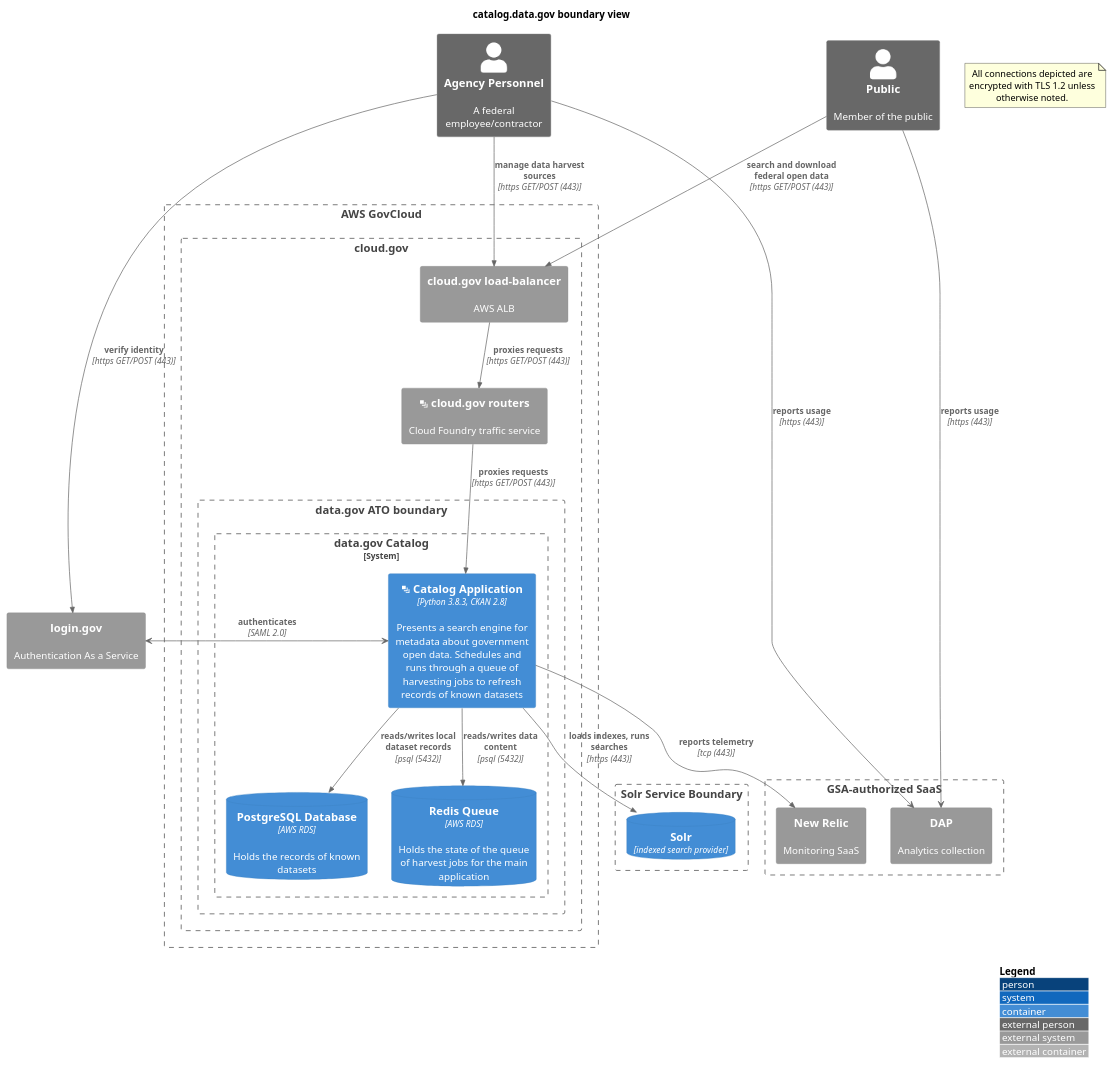
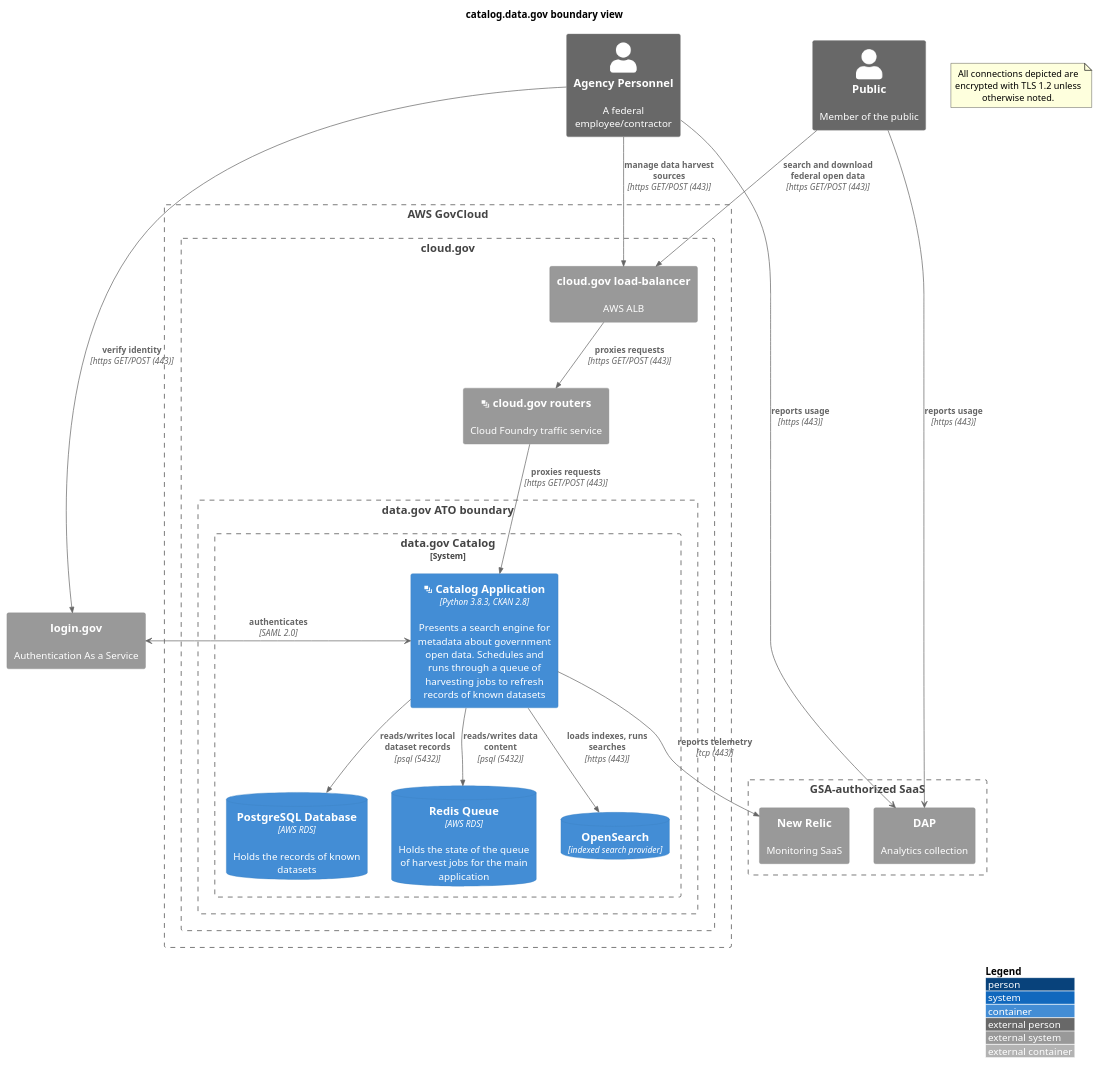
Before and after one commit to GSA/datagov-compliance: the diagram in apps/catalog.boundary.md, drawn with PlantUML.

Commit message:
Add OpenSearch container and update relationships

````diff
--- a/apps/catalog.boundary.md
+++ b/apps/catalog.boundary.md
@@ -3,47 +3,46 @@
 ```plantuml
 @startuml
 !include https://raw.githubusercontent.com/plantuml-stdlib/C4-PlantUML/master/C4_Container.puml
 ' uncomment the following line and comment the first to use locally
 ' !include C4_Container.puml
 LAYOUT_WITH_LEGEND()
 title catalog.data.gov boundary view
 Person_Ext(personnel, "Agency Personnel", "A federal employee/contractor")
 Person_Ext(public, "Public", "Member of the public")
 note as EncryptionNote
 All connections depicted are encrypted with TLS 1.2 unless otherwise noted.
 end note
 Boundary(aws, "AWS GovCloud") {
     Boundary(cloudgov, "cloud.gov") {
         System_Ext(aws_alb, "cloud.gov load-balancer", "AWS ALB")
         System_Ext(cloudgov_router, "<&layers> cloud.gov routers", "Cloud Foundry traffic service")
         Boundary(atob, "data.gov ATO boundary") {
             System_Boundary(catalog, "data.gov Catalog") {
                 Container(catalog_app, "<&layers> Catalog Application", "Python 3.8.3, CKAN 2.8", "Presents a search engine for metadata about government open data. Schedules and runs through a queue of harvesting jobs to refresh records of known datasets")
                 ContainerDb(catalog_db, "PostgreSQL Database", "AWS RDS", "Holds the records of known datasets")
                 ContainerDb(catalog_s3, "Redis Queue", "AWS RDS", "Holds the state of the queue of harvest jobs for the main application")
+                ContainerDb(opensearch, "OpenSearch", "indexed search provider")
             }
         }
     }
 }
 System_Ext(login, "login.gov", "Authentication As a Service")
 Boundary(gsa_saas, "GSA-authorized SaaS") {
     System_Ext(dap, "DAP", "Analytics collection")
     System_Ext(newrelic, "New Relic", "Monitoring SaaS")
 }
 personnel -> dap : **reports usage** \n//[https (443)]//
 public -> dap : **reports usage** \n//[https (443)]//
 Rel(catalog_app, newrelic, "reports telemetry", "tcp (443)")
 Rel(personnel, aws_alb, "manage data harvest sources", "https GET/POST (443)")
 Rel(public, aws_alb, "search and download federal open data", "https GET/POST (443)")
 Rel(aws_alb, cloudgov_router, "proxies requests", "https GET/POST (443)")
 Rel(cloudgov_router, catalog_app, "proxies requests", "https GET/POST (443)")
 catalog_app <-> login : **authenticates** \n//[SAML 2.0]//
 Rel(personnel, login, "verify identity", "https GET/POST (443)")
 Rel(catalog_app, catalog_db, "reads/writes local dataset records", "psql (5432)")
 Rel(catalog_app, catalog_s3, "reads/writes data content", "psql (5432)")
-Boundary(solrb, "Solr Service Boundary") {
-  ContainerDb(solr, "Solr", "indexed search provider")
-}
-Rel(catalog_app, solr, "loads indexes, runs searches", "https (443)")
+
+Rel(catalog_app, opensearch, "loads indexes, runs searches", "https (443)")
 @enduml
 ```
````
